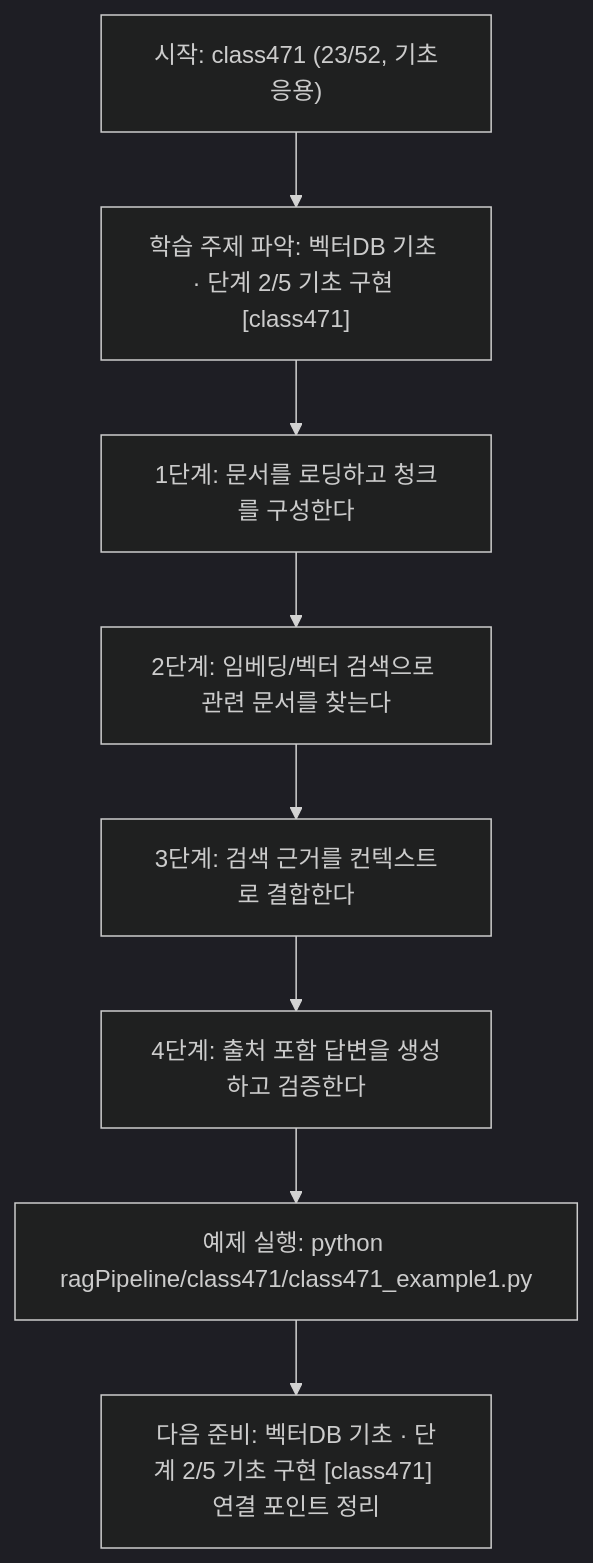
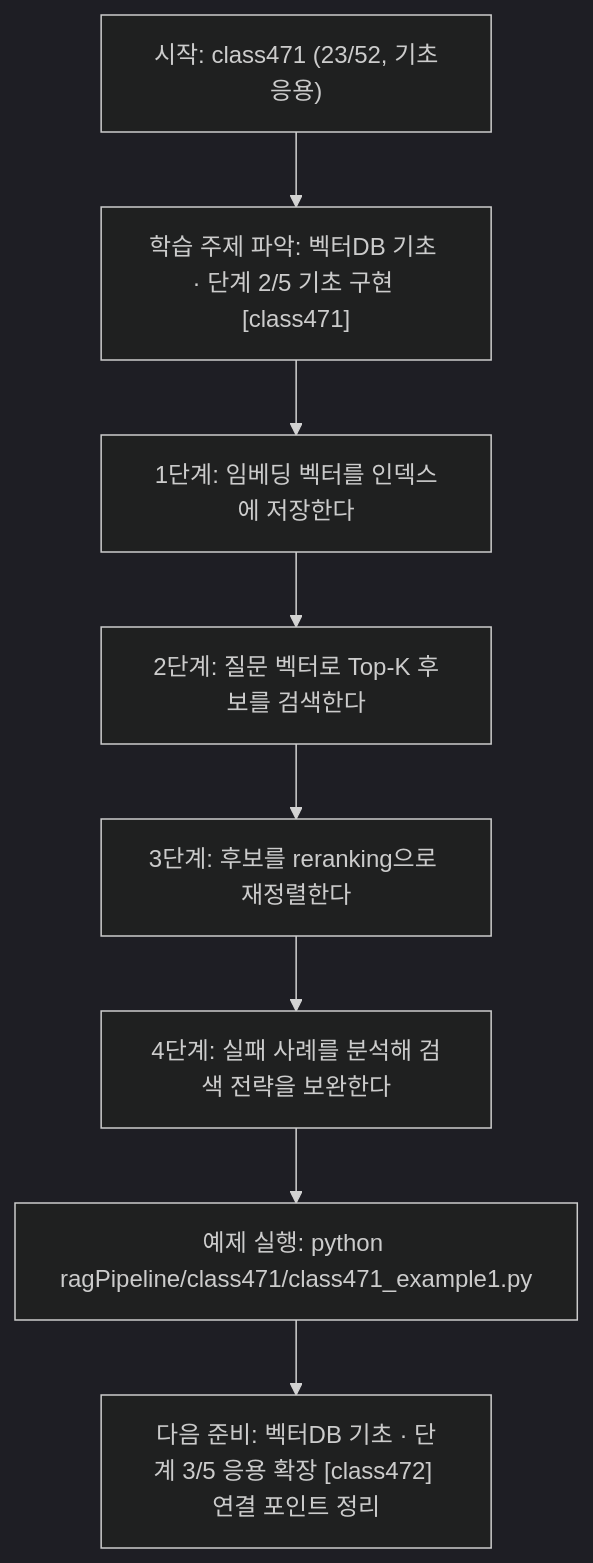
Before and after one commit to edumgt/Python-AI_Agent-Class: the diagram in ragPipeline/class471/class471.md, drawn with Mermaid (dark theme). The commit also changed other lines of this file and 367 other files, not shown here.

````diff
--- a/ragPipeline/class471/class471.md
+++ b/ragPipeline/class471/class471.md
@@ -111,18 +92,18 @@
 ```mermaid
 flowchart TD
 N1["시작: class471 (23/52, 기초응용)"]
 N2["학습 주제 파악: 벡터DB 기초 · 단계 2/5 기초 구현 [class471]"]
-N3["1단계: 문서를 로딩하고 청크를 구성한다"]
-N4["2단계: 임베딩/벡터 검색으로 관련 문서를 찾는다"]
-N5["3단계: 검색 근거를 컨텍스트로 결합한다"]
-N6["4단계: 출처 포함 답변을 생성하고 검증한다"]
+N3["1단계: 임베딩 벡터를 인덱스에 저장한다"]
+N4["2단계: 질문 벡터로 Top-K 후보를 검색한다"]
+N5["3단계: 후보를 reranking으로 재정렬한다"]
+N6["4단계: 실패 사례를 분석해 검색 전략을 보완한다"]
 N7["예제 실행: python ragPipeline/class471/class471_example1.py"]
-N8["다음 준비: 벡터DB 기초 · 단계 2/5 기초 구현 [class471] 연결 포인트 정리"]
+N8["다음 준비: 벡터DB 기초 · 단계 3/5 응용 확장 [class472] 연결 포인트 정리"]
 N1 --> N2
 N2 --> N3
 N3 --> N4
 N4 --> N5
 N5 --> N6
 N6 --> N7
 N7 --> N8
 ```
````
